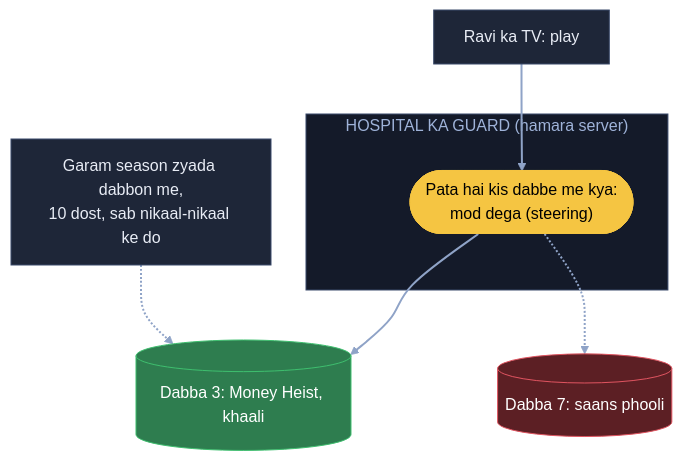
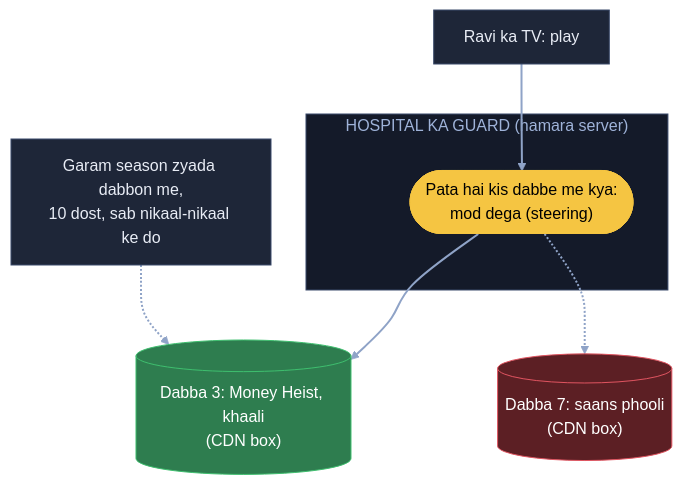
One commit to ArpanMaheshwari144/Prep changed the fourth of 9 diagrams in 04_HLD/SYSTEM_DESIGNS/18_netflix/18_netflix.md. Above: the diagram before and after it, drawn with Mermaid. The commit also changed other lines of this file and 20 other files, not shown here.

Commit message:
HLD main files: diagram me kahani shabd + bracket me asli naam (21 design, 182 label)

````diff
--- a/04_HLD/SYSTEM_DESIGNS/18_netflix/18_netflix.md
+++ b/04_HLD/SYSTEM_DESIGNS/18_netflix/18_netflix.md
@@ -159,20 +159,20 @@
 ```mermaid
 flowchart TB
     R["Ravi ka TV: play"]:::card
     subgraph HG["HOSPITAL KA GUARD (hamara server)"]
         S(["Pata hai kis dabbe me kya:<br/>mod dega (steering)"]):::pill
     end
-    D3[("Dabba 3: Money Heist, khaali")]:::good
-    D7[("Dabba 7: saans phooli")]:::bad
+    D3[("Dabba 3: Money Heist, khaali<br/>(CDN box)")]:::good
+    D7[("Dabba 7: saans phooli<br/>(CDN box)")]:::bad
     M["Garam season zyada dabbon me,<br/>10 dost, sab nikaal-nikaal ke do"]:::card
     R --> S
     S --> D3
     S -.-> D7
     M -.-> D3
     linkStyle default stroke:#8fa3c7,stroke-width:2px
     classDef card fill:#1e2638,stroke:#3a4a6b,color:#e8ecf5
     classDef pill fill:#f5c542,stroke:#f5c542,color:#000
     classDef good fill:#2e7d4f,stroke:#3fbf6f,color:#fff
     classDef bad fill:#5c1f24,stroke:#e05561,color:#fff
     style HG fill:#141a29,stroke:#3a4a6b,color:#9fb3d9
 ```
````
